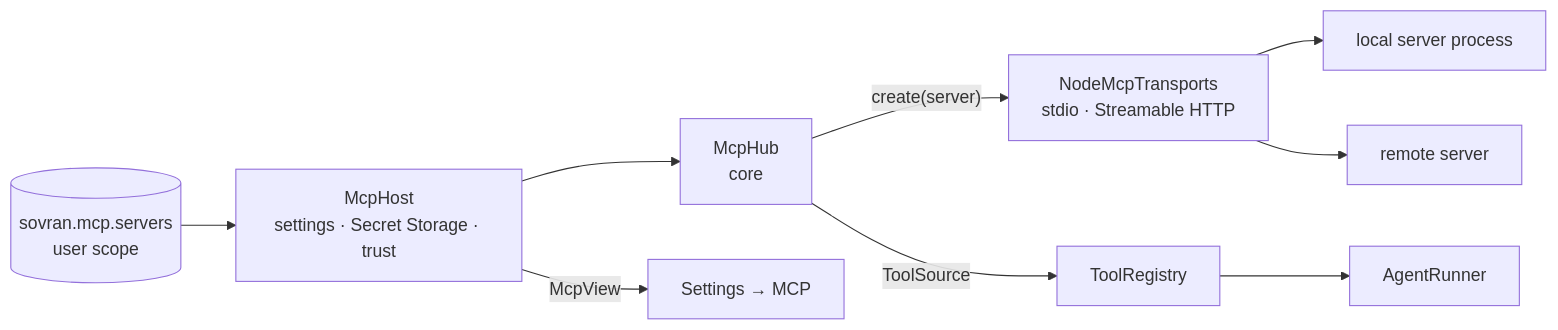
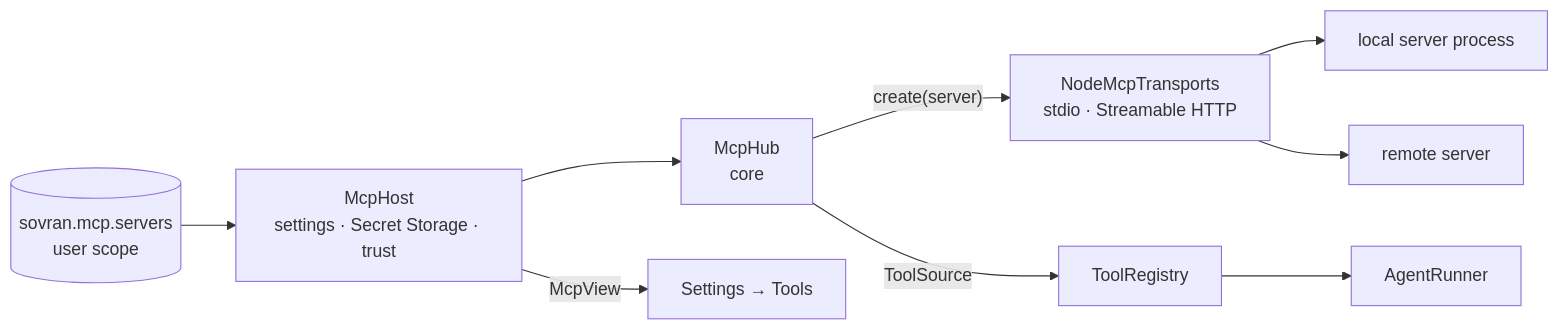
The fourth of 4 diagrams in docs/ARCHITECTURE.md (Minells/Sovran), drawn with Mermaid before and after one commit. The commit also changed other lines of this file and 104 other files, not shown here.

````diff
--- a/docs/ARCHITECTURE.md
+++ b/docs/ARCHITECTURE.md
@@ -395,11 +397,11 @@
 ```mermaid
 flowchart LR
   S[(sovran.mcp.servers<br/>user scope)] --> MH[McpHost<br/>settings · Secret Storage · trust]
   MH --> HUB[McpHub<br/>core]
   HUB -- "create(server)" --> TF[NodeMcpTransports<br/>stdio · Streamable HTTP]
   TF --> SRV1[local server process]
   TF --> SRV2[remote server]
   HUB -- ToolSource --> REG[ToolRegistry]
   REG --> AR[AgentRunner]
-  MH -- McpView --> UI[Settings → MCP]
+  MH -- McpView --> UI[Settings → Tools]
 ```
````
